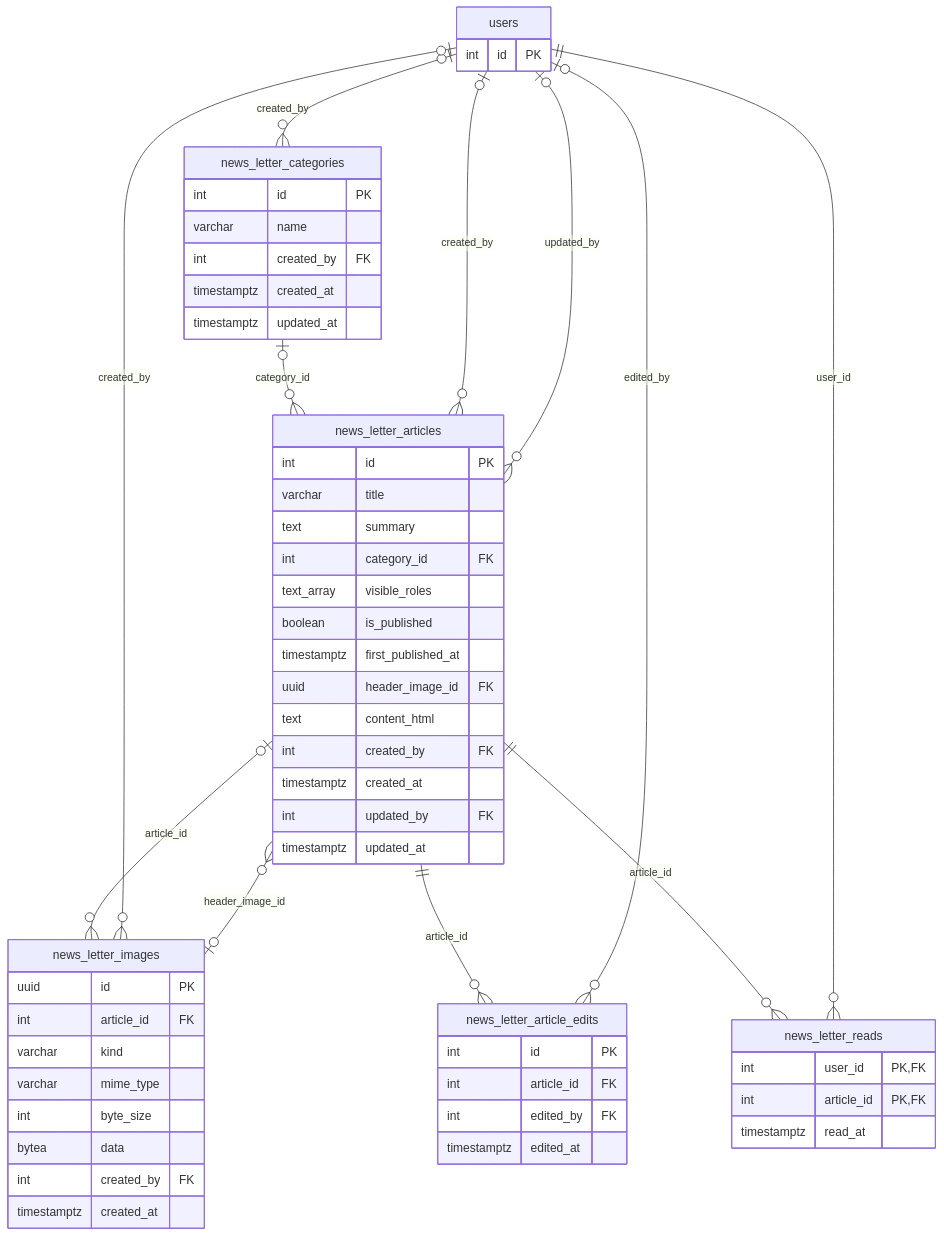
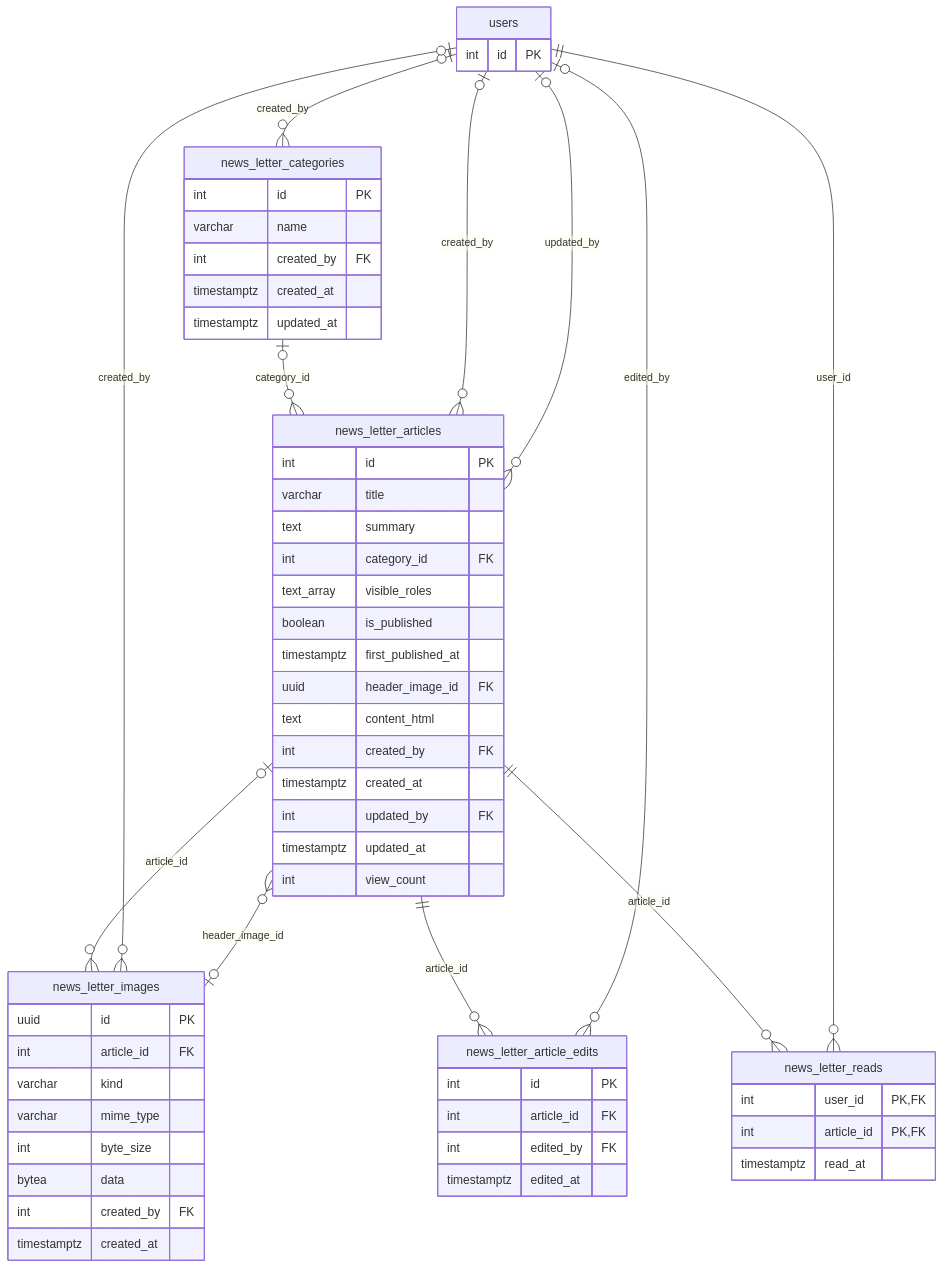
One commit to dminhbb/ttm-tool changed diagram 11 of 13 in docs/database-erd.md. Above: the diagram before and after it, drawn with Mermaid. The commit also changed other lines of this file and 27 other files, not shown here.

````diff
--- a/docs/database-erd.md
+++ b/docs/database-erd.md
@@ -1844,60 +1875,61 @@
 ```mermaid
 erDiagram
     news_letter_articles {
         int id PK
         varchar title
         text summary
         int category_id FK
         text_array visible_roles
         boolean is_published
         timestamptz first_published_at
         uuid header_image_id FK
         text content_html
         int created_by FK
         timestamptz created_at
         int updated_by FK
         timestamptz updated_at
+        int view_count
     }
     news_letter_categories {
         int id PK
         varchar name
         int created_by FK
         timestamptz created_at
         timestamptz updated_at
     }
     news_letter_images {
         uuid id PK
         int article_id FK
         varchar kind
         varchar mime_type
         int byte_size
         bytea data
         int created_by FK
         timestamptz created_at
     }
     news_letter_article_edits {
         int id PK
         int article_id FK
         int edited_by FK
         timestamptz edited_at
     }
     news_letter_reads {
         int user_id PK, FK
         int article_id PK, FK
         timestamptz read_at
     }
     users {
         int id PK
     }
     news_letter_categories |o--o{ news_letter_articles : "category_id"
     users |o--o{ news_letter_articles : "created_by"
     news_letter_images |o--o{ news_letter_articles : "header_image_id"
     users |o--o{ news_letter_articles : "updated_by"
     users |o--o{ news_letter_categories : "created_by"
     news_letter_articles |o--o{ news_letter_images : "article_id"
     users |o--o{ news_letter_images : "created_by"
     news_letter_articles ||--o{ news_letter_article_edits : "article_id"
     users |o--o{ news_letter_article_edits : "edited_by"
     news_letter_articles ||--o{ news_letter_reads : "article_id"
     users ||--o{ news_letter_reads : "user_id"
 ```
````
